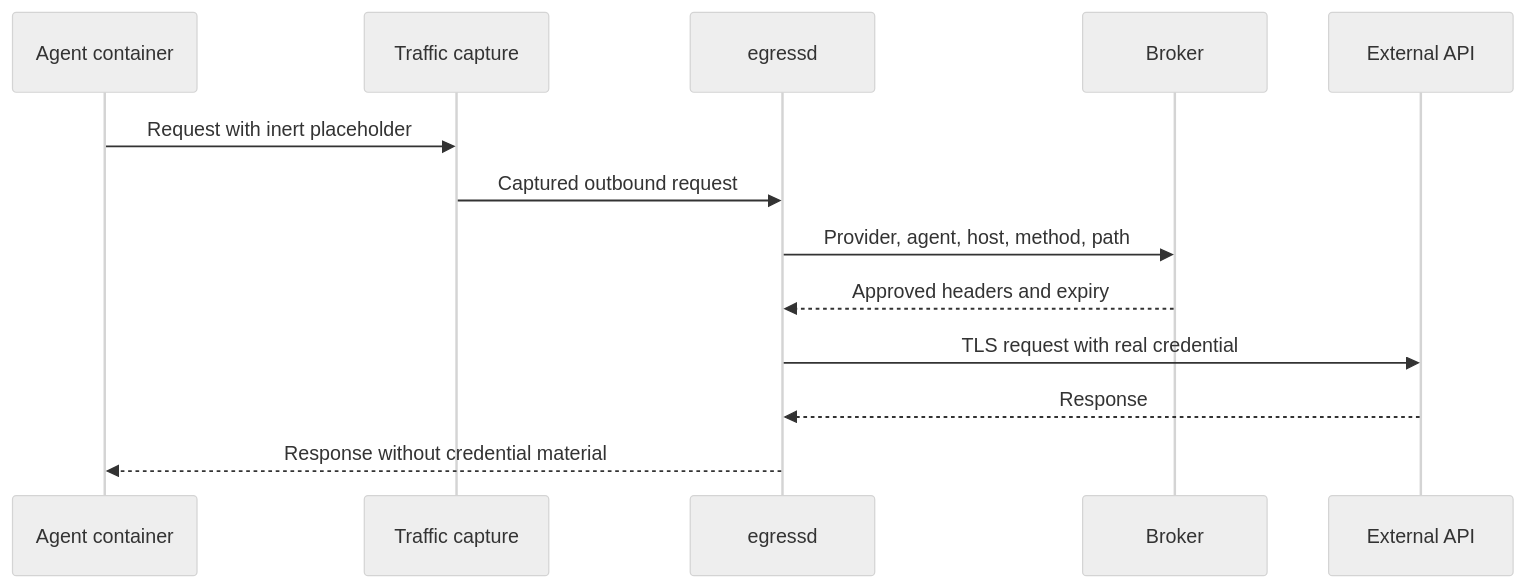
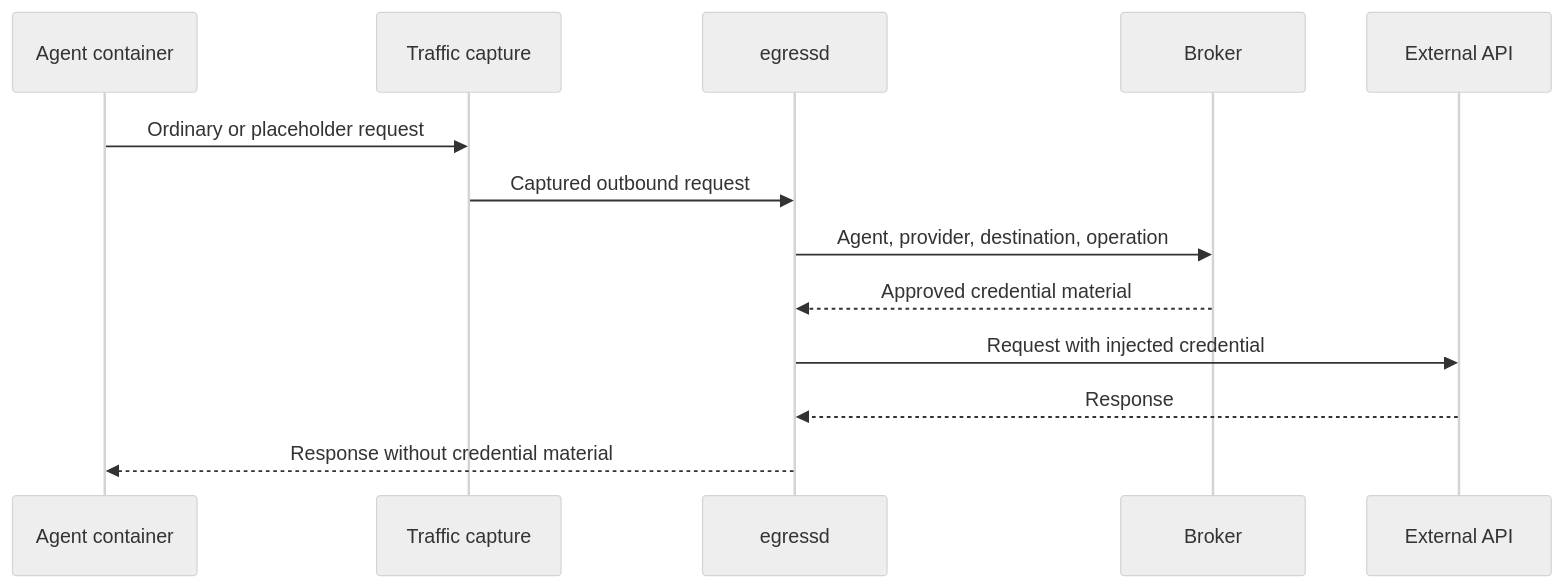
The second of 2 diagrams in README.md (mirkoSekulic/nvt-agent), drawn with Mermaid (neutral theme) before and after one commit. The commit also changed other lines of this file and 9 other files, not shown here.

````diff
--- a/README.md
+++ b/README.md
@@ -57,16 +56,16 @@
 ```mermaid
 sequenceDiagram
     participant Agent as Agent container
     participant Capture as Traffic capture
     participant Egress as egressd
     participant Broker as Broker
     participant API as External API
 
-    Agent->>Capture: Request with inert placeholder
+    Agent->>Capture: Ordinary or placeholder request
     Capture->>Egress: Captured outbound request
-    Egress->>Broker: Provider, agent, host, method, path
-    Broker-->>Egress: Approved headers and expiry
-    Egress->>API: TLS request with real credential
+    Egress->>Broker: Agent, provider, destination, operation
+    Broker-->>Egress: Approved credential material
+    Egress->>API: Request with injected credential
     API-->>Egress: Response
     Egress-->>Agent: Response without credential material
 ```
````
